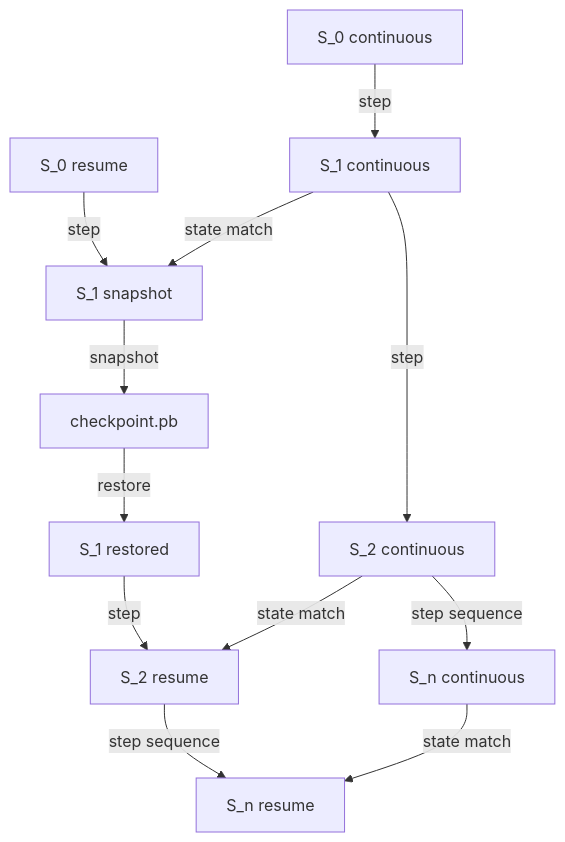
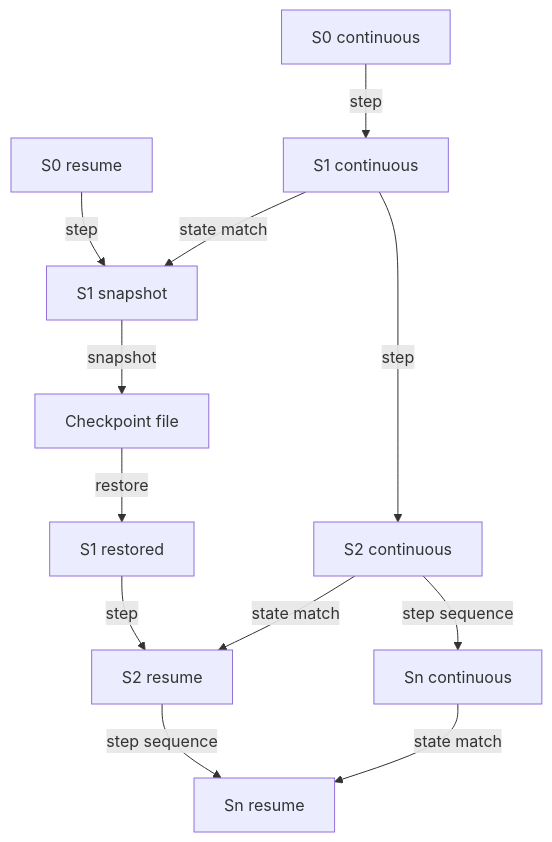
Before and after one commit to Tuee22/SpectralMC: the third of 5 diagrams in documents/engineering/reproducibility_proofs.md, drawn with Mermaid. The commit also changed other lines of this file and 29 other files, not shown here.

````diff
--- a/documents/engineering/reproducibility_proofs.md
+++ b/documents/engineering/reproducibility_proofs.md
@@ -239,28 +239,28 @@
 ```mermaid
 flowchart TB
-    S0_C["S_0 continuous"]
-    S1_C["S_1 continuous"]
-    S2_C["S_2 continuous"]
-    Sn_C["S_n continuous"]
+    S0_C["S0 continuous"]
+    S1_C["S1 continuous"]
+    S2_C["S2 continuous"]
+    Sn_C["Sn continuous"]
 
-    S0_R["S_0 resume"]
-    S1_R["S_1 snapshot"]
-    CP["checkpoint.pb"]
-    S1_Restore["S_1 restored"]
-    S2_R["S_2 resume"]
-    Sn_R["S_n resume"]
+    S0_R["S0 resume"]
+    S1_R["S1 snapshot"]
+    CP[Checkpoint file]
+    S1_Restore["S1 restored"]
+    S2_R["S2 resume"]
+    Sn_R["Sn resume"]
 
     S0_C -->|step| S1_C
     S1_C -->|step| S2_C
     S2_C -->|step sequence| Sn_C
 
     S0_R -->|step| S1_R
     S1_R -->|snapshot| CP
     CP -->|restore| S1_Restore
     S1_Restore -->|step| S2_R
     S2_R -->|step sequence| Sn_R
 
     S1_C -->|state match| S1_R
     S2_C -->|state match| S2_R
     Sn_C -->|state match| Sn_R
 ```
````
